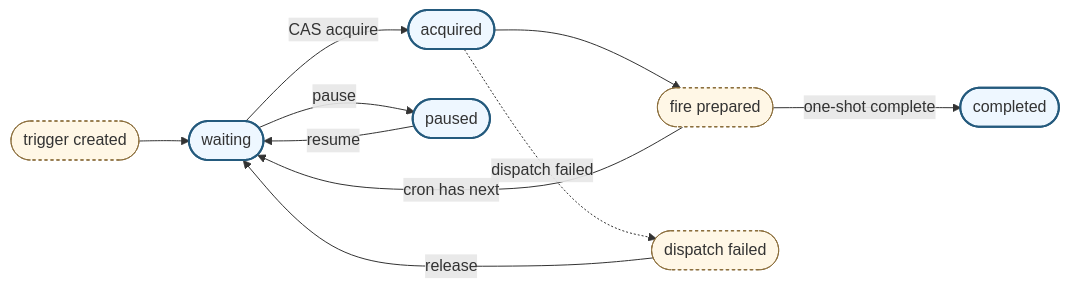
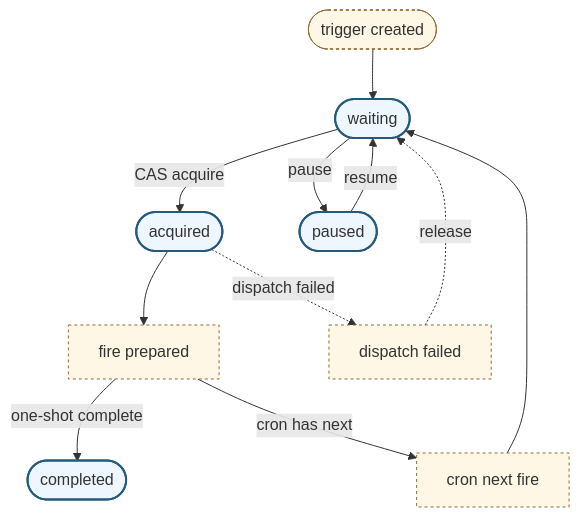
Before and after one commit to EdwardShen125/edwardshen125.github.io: the second of 3 diagrams in source/_posts/engineering-case-study/designing-a-distributed-scheduler-handling-200k-scheduling-operations-per-second.md, drawn with Mermaid. The commit also changed other lines of this file and 6 other files, not shown here.

Commit message:
Revise scheduler case study diagrams

```diff
--- a/source/_posts/engineering-case-study/designing-a-distributed-scheduler-handling-200k-scheduling-operations-per-second.md
+++ b/source/_posts/engineering-case-study/designing-a-distributed-scheduler-handling-200k-scheduling-operations-per-second.md
@@ -103,23 +100,16 @@
 {% mermaid %}
-flowchart LR
-    R([trigger created]):::event
-    W([waiting]):::state
-    A([acquired]):::state
-    C([completed]):::state
-    P([paused]):::state
-    F([fire prepared]):::event
-    D([dispatch failed]):::event
-
-    R --> W
-    W -->|CAS acquire| A
-    A --> F
-    F -->|cron has next| W
-    F -->|one-shot complete| C
-    A -.->|dispatch failed| D
-    D -->|release| W
-    W -->|pause| P
+flowchart TD
+    R([trigger created]):::event --> W([waiting]):::state
+    W -->|CAS acquire| A([acquired]):::state
+    A --> F[fire prepared]:::event
+    F -->|one-shot complete| C([completed]):::state
+    F -->|cron has next| N[cron next fire]:::event
+    N --> W
+    A -.->|dispatch failed| D[dispatch failed]:::event
+    D -.->|release| W
+    W -->|pause| P([paused]):::state
     P -->|resume| W
 
     classDef state fill:#eef7ff,stroke:#245a7d,stroke-width:2px;
     classDef event fill:#fff7e6,stroke:#8a6d3b,stroke-dasharray:3 3;
 {% endmermaid %}
```
